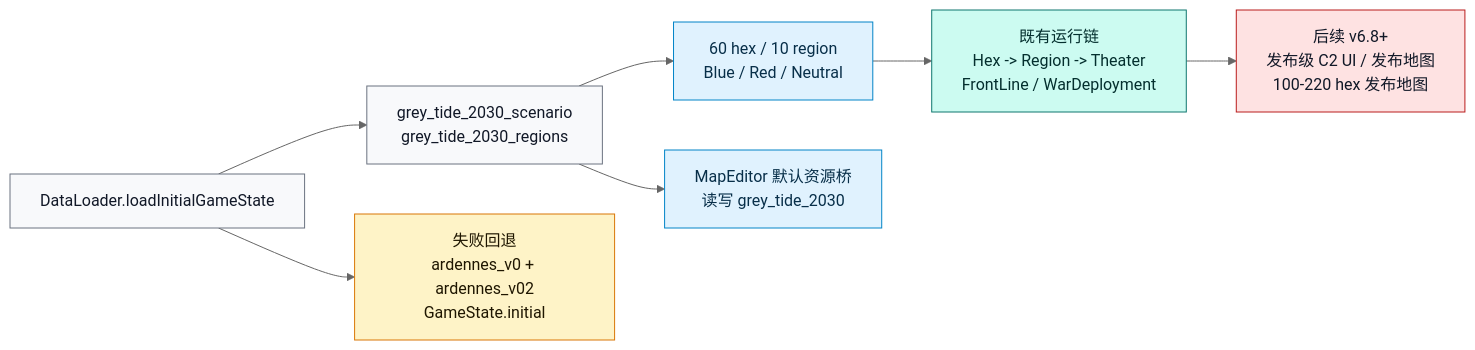
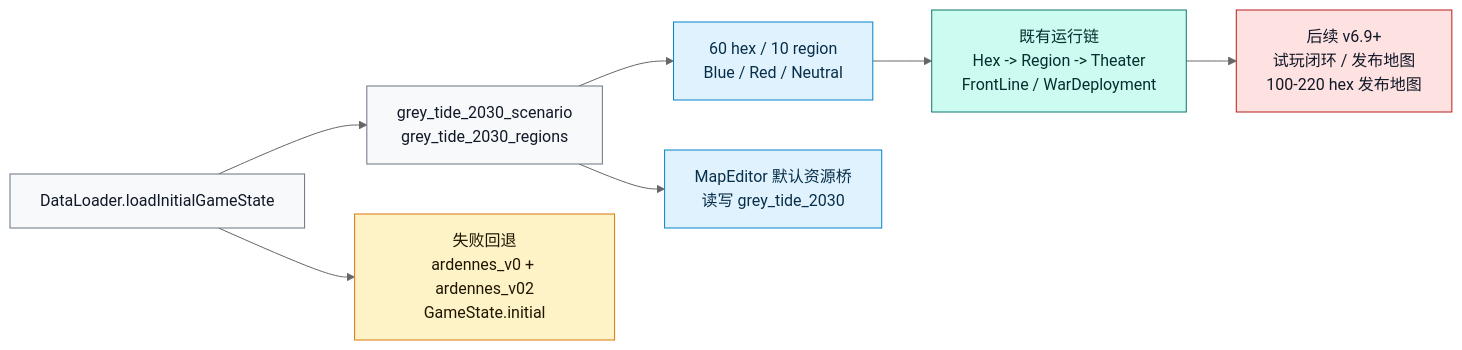
One commit to Altman-sam114/127 changed the fourth of 18 diagrams in md/flow/flowchart.md. Above: the diagram before and after it, drawn with Mermaid (neutral theme). The commit also changed other lines of this file and 10 other files, not shown here.

````diff
--- a/md/flow/flowchart.md
+++ b/md/flow/flowchart.md
@@ -115,21 +115,21 @@
 ```mermaid
 flowchart LR
     ENTRY["DataLoader.loadInitialGameState"]:::data
     GREY["grey_tide_2030_scenario<br/>grey_tide_2030_regions"]:::data
     MAP["60 hex / 10 region<br/>Blue / Red / Neutral"]:::state
     EDITOR["MapEditor 默认资源桥<br/>读写 grey_tide_2030"]:::state
     PIPE["既有运行链<br/>Hex -> Region -> Theater<br/>FrontLine / WarDeployment"]:::rules
     FALLBACK["失败回退<br/>ardennes_v0 + ardennes_v02<br/>GameState.initial"]:::legacy
-    TODO["后续 v6.8+<br/>发布级 C2 UI / 发布地图<br/>100-220 hex 发布地图"]:::risk
+    TODO["后续 v6.9+<br/>试玩闭环 / 发布地图<br/>100-220 hex 发布地图"]:::risk
 
     ENTRY --> GREY --> MAP --> PIPE
     GREY --> EDITOR
     ENTRY --> FALLBACK
     PIPE --> TODO
 
     classDef data fill:#f8f9fb,stroke:#6b7280,color:#111827
     classDef state fill:#e0f2fe,stroke:#0284c7,color:#082f49
     classDef rules fill:#ccfbf1,stroke:#0f766e,color:#042f2e
     classDef legacy fill:#fef3c7,stroke:#d97706,color:#1f1600
     classDef risk fill:#fee2e2,stroke:#b91c1c,color:#111827
 ```
````
